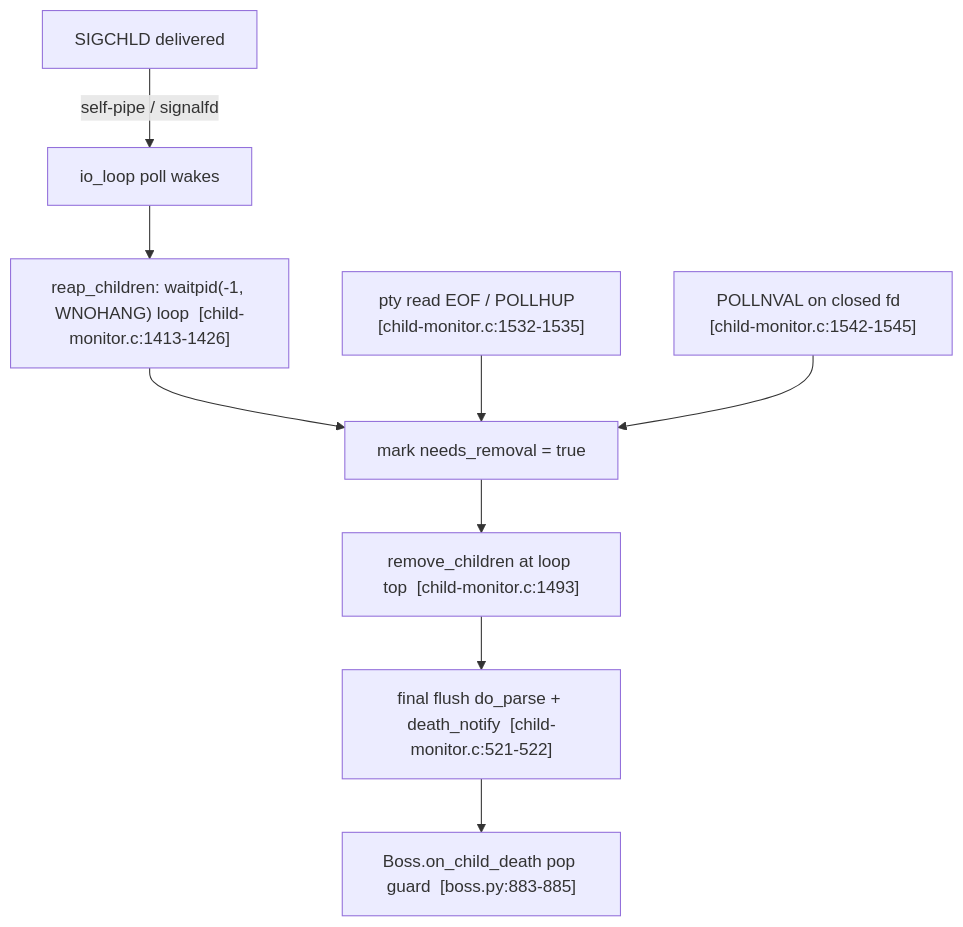
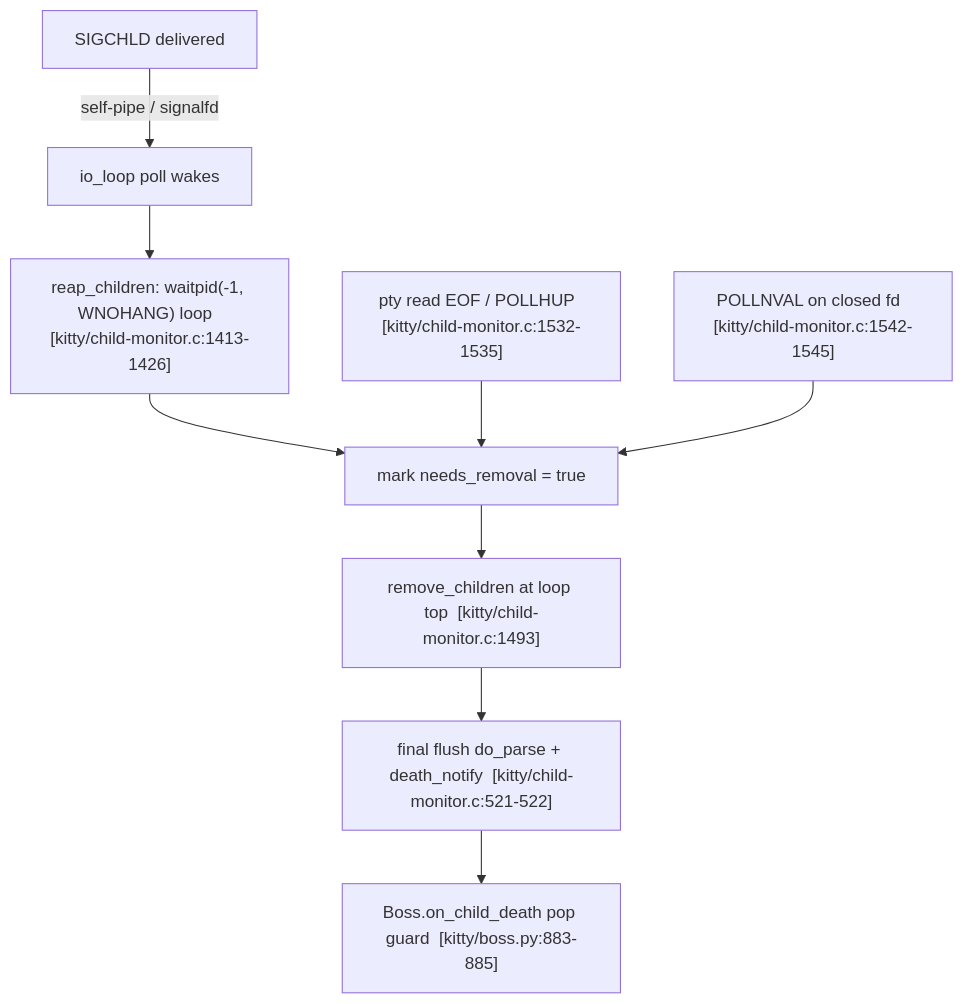
The second of 2 diagrams in blitzy/documentation/kitty_815df1e210e0.md (blitzy-research/kitty), drawn with Mermaid before and after one commit. The commit also changed other lines of this file, not shown here.

First line of the commit message:
docs(blitzy): address 12 code review findings on kitty state-consistency Q&A

````diff
--- a/blitzy/documentation/kitty_815df1e210e0.md
+++ b/blitzy/documentation/kitty_815df1e210e0.md
@@ -389,11 +434,11 @@
 ```mermaid
 flowchart TD
     A[SIGCHLD delivered] -->|self-pipe / signalfd| B[io_loop poll wakes]
-    B --> C["reap_children: waitpid(-1, WNOHANG) loop  [child-monitor.c:1413-1426]"]
+    B --> C["reap_children: waitpid(-1, WNOHANG) loop  [kitty/child-monitor.c:1413-1426]"]
     C --> D["mark needs_removal = true"]
-    E["pty read EOF / POLLHUP  [child-monitor.c:1532-1535]"] --> D
-    F["POLLNVAL on closed fd  [child-monitor.c:1542-1545]"] --> D
-    D --> G["remove_children at loop top  [child-monitor.c:1493]"]
-    G --> H["final flush do_parse + death_notify  [child-monitor.c:521-522]"]
-    H --> I["Boss.on_child_death pop guard  [boss.py:883-885]"]
+    E["pty read EOF / POLLHUP  [kitty/child-monitor.c:1532-1535]"] --> D
+    F["POLLNVAL on closed fd  [kitty/child-monitor.c:1542-1545]"] --> D
+    D --> G["remove_children at loop top  [kitty/child-monitor.c:1493]"]
+    G --> H["final flush do_parse + death_notify  [kitty/child-monitor.c:521-522]"]
+    H --> I["Boss.on_child_death pop guard  [kitty/boss.py:883-885]"]
 ```
````
